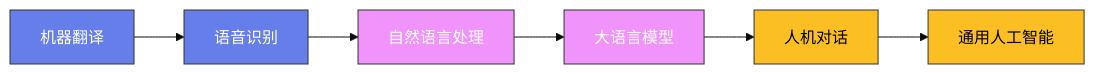
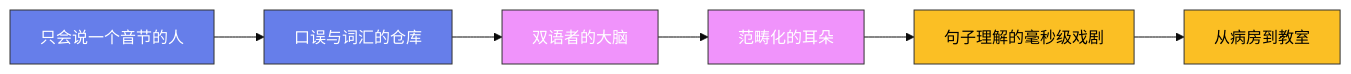
Before and after one commit to Fengur/Fengur.github.io: the diagram in content/posts/ModelCreate/语言学/10-心理语言学.md, drawn with Mermaid (base theme). The commit also changed other lines of this file and 505 other files, not shown here.

First line of the commit message:
content(blog): ModelCreate 全站质量修复——front matter 补全、占位图修复、事实错误修正、注水文重写

````diff
--- a/content/posts/ModelCreate/语言学/10-心理语言学.md
+++ b/content/posts/ModelCreate/语言学/10-心理语言学.md
@@ -39,16 +42,23 @@
 ```mermaid
 graph LR
-    A["机器翻译"] --> B["语音识别"]
-    B --> C["自然语言处理"]
-    C --> D["大语言模型"]
-    D --> E["人机对话"]
-    E --> F["通用人工智能"]
+    A["只会说一个音节的人"]
+    B["口误与词汇的仓库"]
+    C["双语者的大脑"]
+    D["范畴化的耳朵"]
+    E["句子理解的毫秒级戏剧"]
+    F["从病房到教室"]
+
+    A --> B
+    B --> C
+    C --> D
+    D --> E
+    E --> F
 
     classDef early fill:#667eea,stroke:#333,color:white
     classDef mid fill:#f093fb,stroke:#333,color:white
     classDef modern fill:#fbbf24,stroke:#333,color:black
 
     class A,B early
     class C,D mid
     class E,F modern
 ```
````
